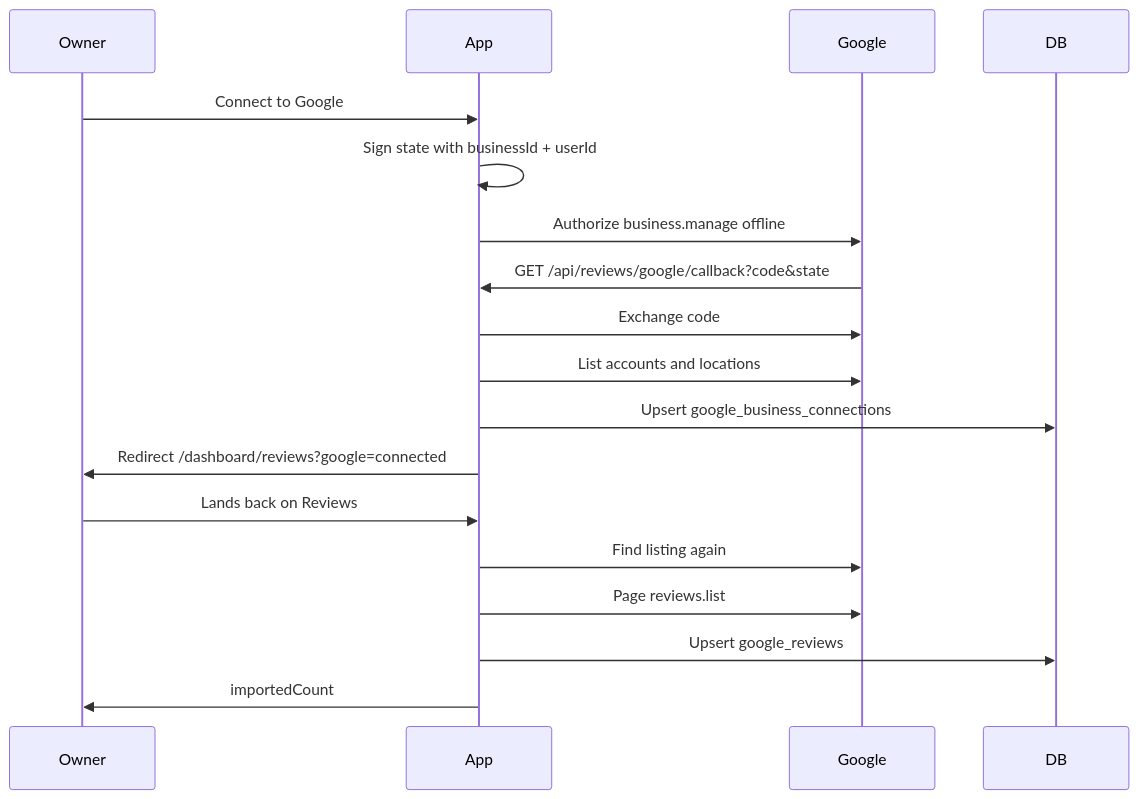
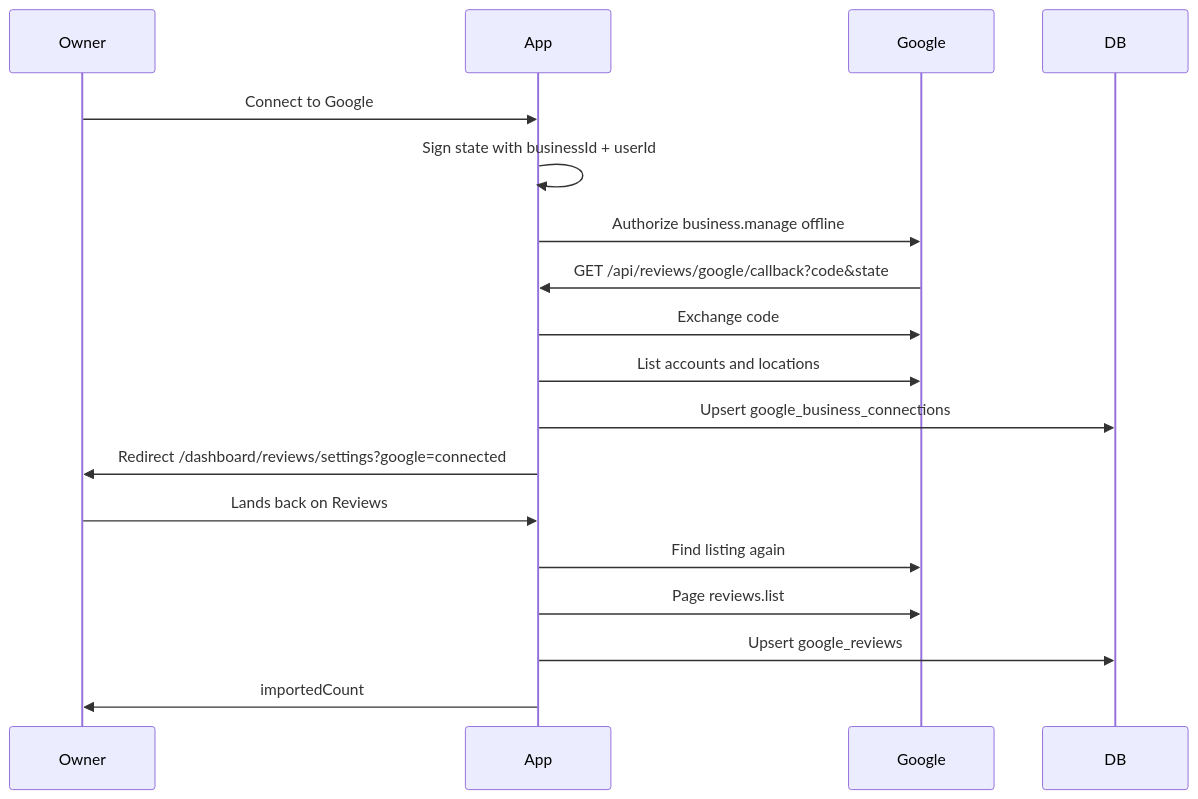
The diagram in src/features/reviews/docs/GOOGLE_REVIEWS.md (jsanch387/servicelink), drawn with Mermaid before and after one commit. The commit also changed other lines of this file and 35 other files, not shown here.

````diff
--- a/src/features/reviews/docs/GOOGLE_REVIEWS.md
+++ b/src/features/reviews/docs/GOOGLE_REVIEWS.md
@@ -130,22 +140,22 @@
 ```mermaid
 sequenceDiagram
   participant Owner
   participant App
   participant Google
   participant DB
 
   Owner->>App: Connect to Google
   App->>App: Sign state with businessId + userId
   App->>Google: Authorize business.manage offline
   Google->>App: GET /api/reviews/google/callback?code&state
   App->>Google: Exchange code
   App->>Google: List accounts and locations
   App->>DB: Upsert google_business_connections
-  App->>Owner: Redirect /dashboard/reviews?google=connected
+  App->>Owner: Redirect /dashboard/reviews/settings?google=connected
 
   Owner->>App: Lands back on Reviews
   App->>Google: Find listing again
   App->>Google: Page reviews.list
   App->>DB: Upsert google_reviews
   App->>Owner: importedCount
 ```
````
